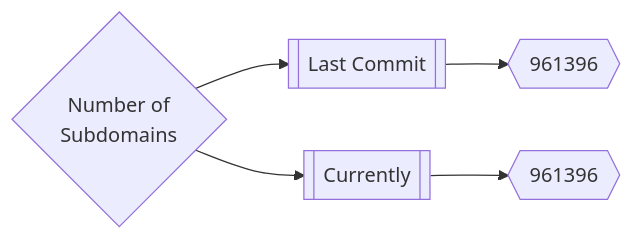
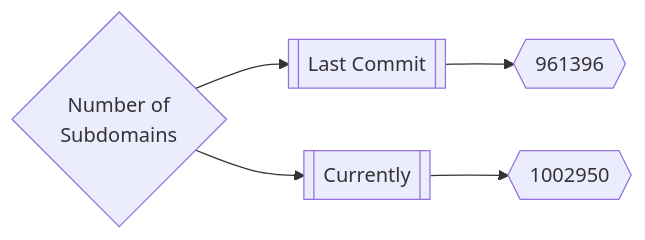
One commit to trickest/inventory changed the first of 3 diagrams in README.md. Above: the diagram before and after it, drawn with Mermaid. The commit also changed other lines of this file and 224 other files, not shown here.

````diff
--- a/README.md
+++ b/README.md
@@ -165,5 +165,5 @@
 ```mermaid
 graph LR
 title{Number of<br>Subdomains} --> subdomainsDate1[[Last Commit]] --> subdomainsNum1{{961396}}
-title --> subdomainsDate2[[Currently]] --> subdomainsNum2{{961396}}
+title --> subdomainsDate2[[Currently]] --> subdomainsNum2{{1002950}}
 ```
````
